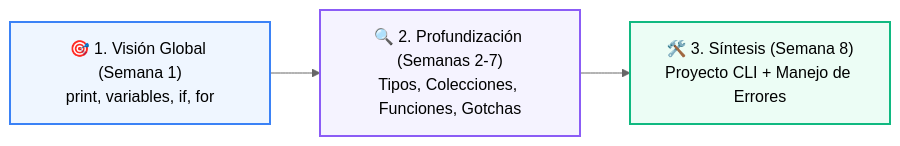
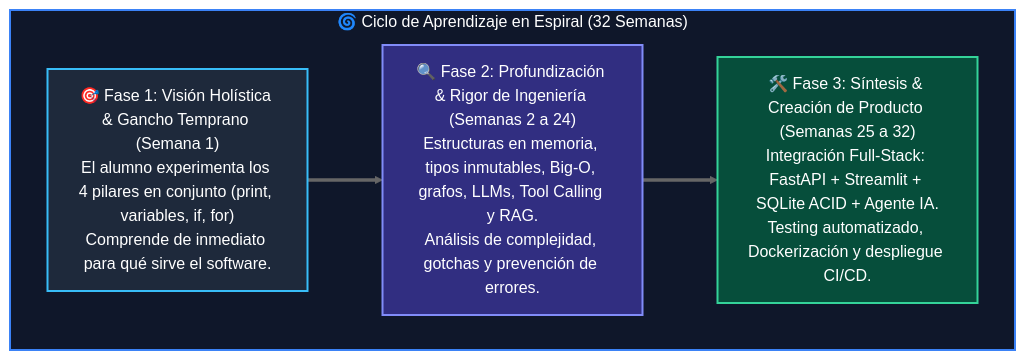
Before and after one commit to wisrovi/wisrovi-python: the first of 2 diagrams in README.md, drawn with Mermaid (neutral theme). The commit also changed other lines of this file and 226 other files, not shown here.

Commit message:
docs: elevate all repository READMEs to world-class mastery standard with rich pedagogical architecture, custom Mermaids, and professional styling

````diff
--- a/README.md
+++ b/README.md
@@ -48,9 +43,15 @@
 ```mermaid
-flowchart LR
-    Fase1["🎯 1. Visión Global (Semana 1)<br/>print, variables, if, for"] --> Fase2["🔍 2. Profundización (Semanas 2-7)<br/>Tipos, Colecciones, Funciones, Gotchas"]
-    Fase2 --> Fase3["🛠️ 3. Síntesis (Semana 8)<br/>Proyecto CLI + Manejo de Errores"]
+flowchart TD
+    subgraph Espiral["🌀 Ciclo de Aprendizaje en Espiral (32 Semanas)"]
+        F1["🎯 Fase 1: Visión Holística & Gancho Temprano (Semana 1)<br/>El alumno experimenta los 4 pilares en conjunto (print, variables, if, for)<br/>Comprende de inmediato para qué sirve el software."]
+        F2["🔍 Fase 2: Profundización & Rigor de Ingeniería (Semanas 2 a 24)<br/>Estructuras en memoria, tipos inmutables, Big-O, grafos, LLMs, Tool Calling y RAG.<br/>Análisis de complejidad, gotchas y prevención de errores."]
+        F3["🛠️ Fase 3: Síntesis & Creación de Producto (Semanas 25 a 32)<br/>Integración Full-Stack: FastAPI + Streamlit + SQLite ACID + Agente IA.<br/>Testing automatizado, Dockerización y despliegue CI/CD."]
+        F1 ==> F2
+        F2 ==> F3
+    end
 
-    style Fase1 fill:#eff6ff,stroke:#3b82f6,stroke-width:2px
-    style Fase2 fill:#f5f3ff,stroke:#8b5cf6,stroke-width:2px
-    style Fase3 fill:#ecfdf5,stroke:#10b981,stroke-width:2px
+    style Espiral fill:#0f172a,stroke:#3b82f6,stroke-width:2px,color:#ffffff
+    style F1 fill:#1e293b,stroke:#38bdf8,stroke-width:2px,color:#ffffff
+    style F2 fill:#312e81,stroke:#818cf8,stroke-width:2px,color:#ffffff
+    style F3 fill:#064e3b,stroke:#34d399,stroke-width:2px,color:#ffffff
 ```
````
